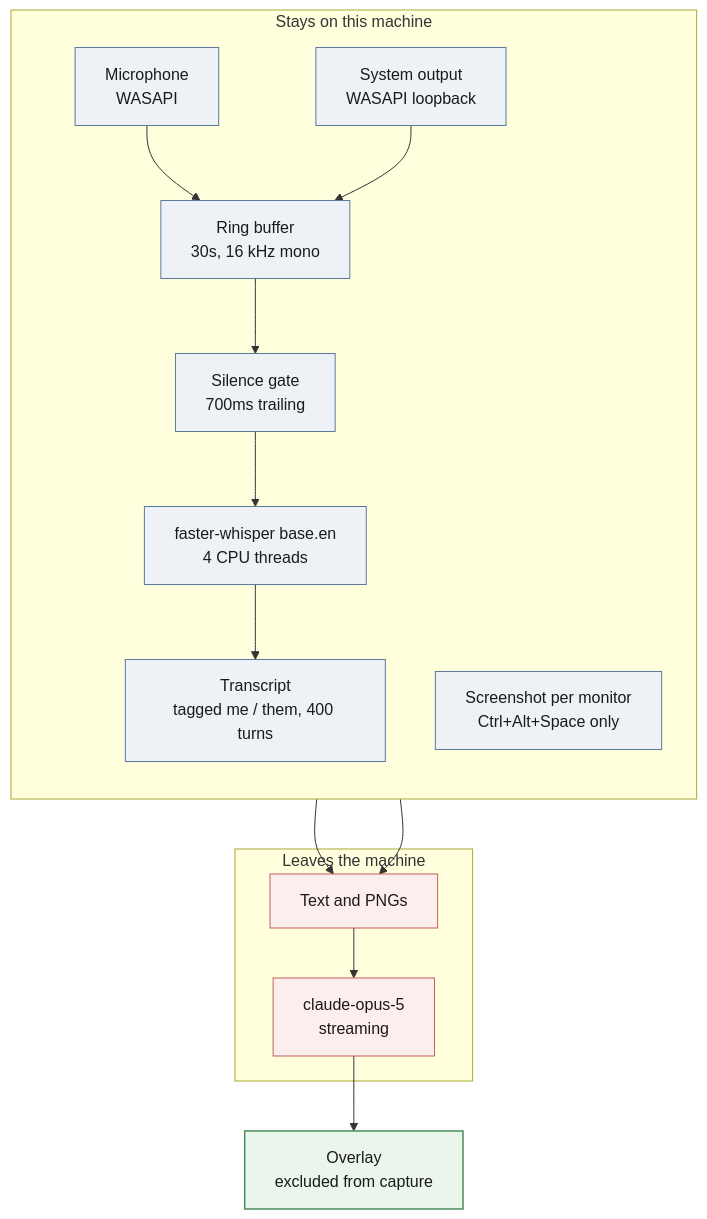
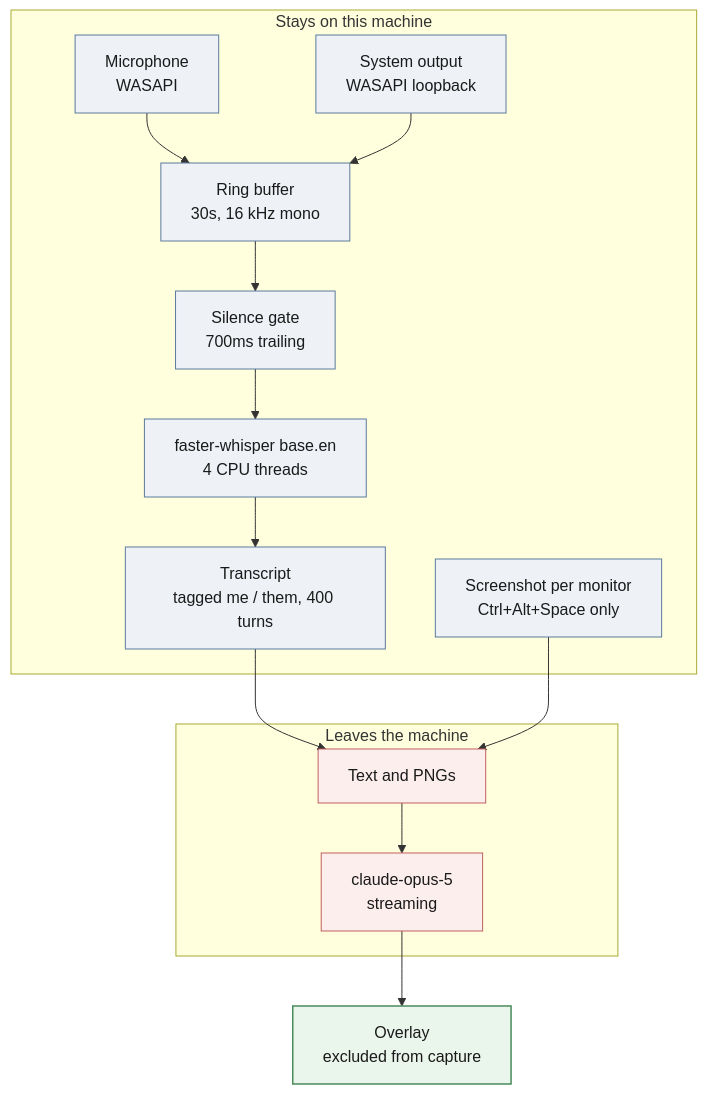
Before and after one commit to pouriamrt/meeting-assistant: the diagram in README.md, drawn with Mermaid.

Commit message:
docs: drop the subgraph direction statement GitHub's mermaid cannot parse

````diff
--- a/README.md
+++ b/README.md
@@ -103,25 +103,24 @@
 ```mermaid
 flowchart TB
     subgraph local["Stays on this machine"]
-        direction TB
         MIC["Microphone<br/>WASAPI"] --> RING["Ring buffer<br/>30s, 16 kHz mono"]
         SYS["System output<br/>WASAPI loopback"] --> RING
         RING --> GATE["Silence gate<br/>700ms trailing"]
         GATE --> WHISP["faster-whisper base.en<br/>4 CPU threads"]
         WHISP --> TR["Transcript<br/>tagged me / them, 400 turns"]
         SHOT["Screenshot per monitor<br/>Ctrl+Alt+Space only"]
     end
     TR --> REQ
     SHOT --> REQ
     subgraph remote["Leaves the machine"]
         REQ["Text and PNGs"] --> API["claude-opus-5<br/>streaming"]
     end
     API --> OV["Overlay<br/>excluded from capture"]
 
     classDef box fill:#eef2f7,stroke:#5b7a9d,stroke-width:1px,color:#1a1a1a
     classDef away fill:#fdeeee,stroke:#c0605d,stroke-width:1px,color:#1a1a1a
     classDef out fill:#eaf5ec,stroke:#4a8c5c,stroke-width:1.5px,color:#1a1a1a
     class MIC,SYS,RING,GATE,WHISP,TR,SHOT box
     class REQ,API away
     class OV out
 ```
````
